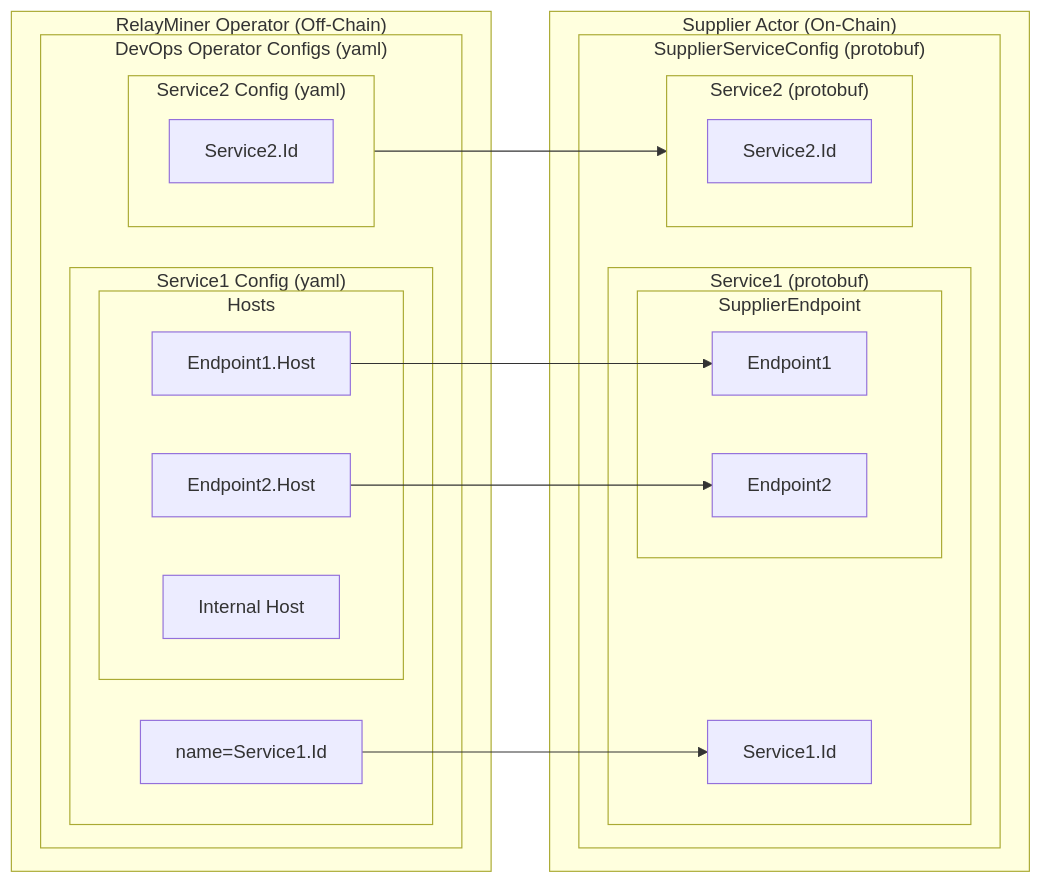
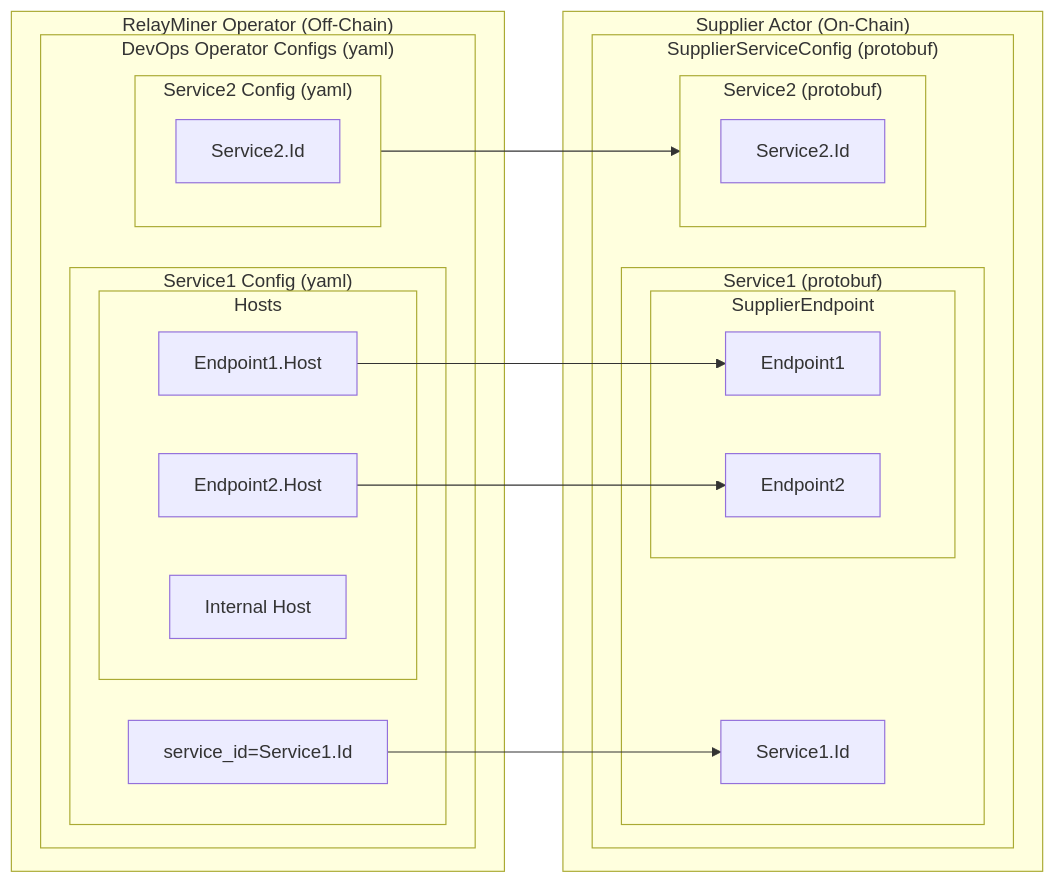
Before and after one commit to pokt-network/poktroll: the diagram in docusaurus/docs/configs/relayminer_config.md, drawn with Mermaid. The commit also changed other lines of this file, not shown here.

````diff
--- a/docusaurus/docs/configs/relayminer_config.md
+++ b/docusaurus/docs/configs/relayminer_config.md
@@ -298,36 +298,36 @@
 ```mermaid
 flowchart LR
 
 subgraph "Supplier Actor (On-Chain)"
   subgraph "SupplierServiceConfig (protobuf)"
     subgraph svc1["Service1 (protobuf)"]
       svc1Id[Service1.Id]
       subgraph SupplierEndpoint
         EP1[Endpoint1]
         EP2[Endpoint2]
       end
     end
     subgraph svc2 ["Service2 (protobuf)"]
       svc2Id[Service2.Id]
     end
   end
 end
 
 subgraph "RelayMiner Operator (Off-Chain)"
   subgraph "DevOps Operator Configs (yaml)"
     subgraph svc1Config ["Service1 Config (yaml)"]
-      svc1IdConfig[name=Service1.Id]-->svc1Id
+      svc1IdConfig[service_id=Service1.Id]-->svc1Id
       subgraph Hosts
         H1[Endpoint1.Host]-->EP1
         H2[Endpoint2.Host]-->EP2
         H3[Internal Host]
       end
     end
     subgraph svc2Config ["Service2 Config (yaml)"]
       svc2IdConfig[Service2.Id]
     end
   end
 end
 
 svc2Config-->svc2
 ```
````
